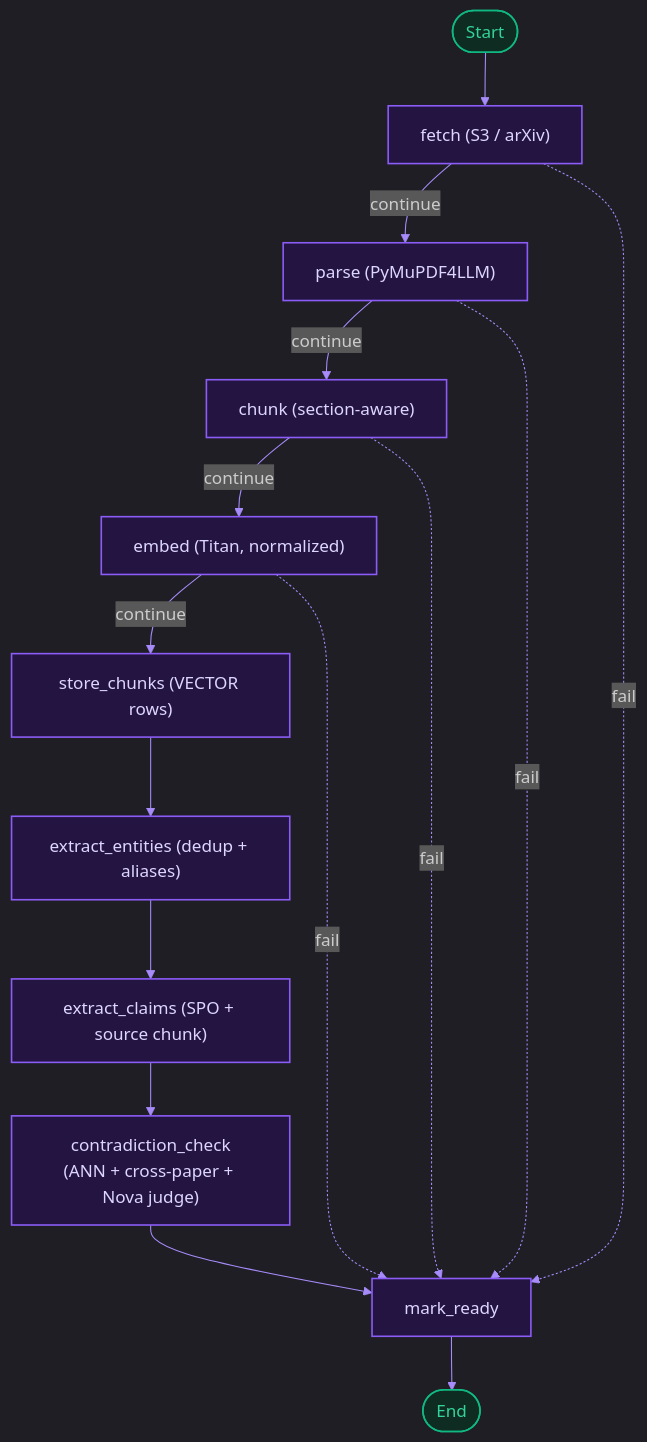
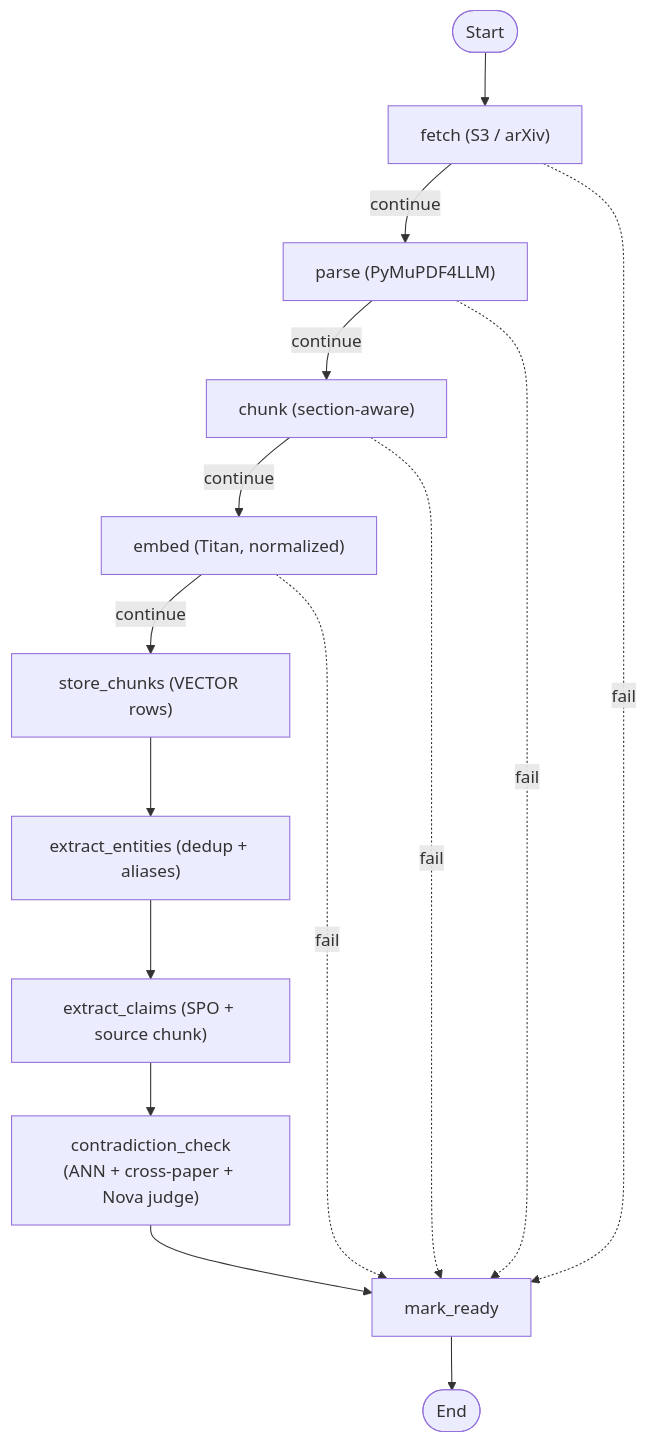
One commit to Somay-kousis/PaperPlanes changed the second of 3 diagrams in README.md. Above: the diagram before and after it, drawn with Mermaid. The commit also changed other lines of this file, not shown here.

Commit message:
README: plain Mermaid diagrams, stack badges

````diff
--- a/README.md
+++ b/README.md
@@ -116,24 +112,18 @@
 ```mermaid
-%%{init: {'theme':'dark','themeVariables':{'background':'#0b0f19','primaryColor':'#1e293b','primaryTextColor':'#f8fafc','lineColor':'#a78bfa','nodeBorder':'#334155'}}}%%
 flowchart TD
     S([Start]) --> F["fetch (S3 / arXiv)"]
     F -->|continue| P["parse (PyMuPDF4LLM)"]
     P -->|continue| CH["chunk (section-aware)"]
     CH -->|continue| EM["embed (Titan, normalized)"]
     EM -->|continue| SC["store_chunks (VECTOR rows)"]
     SC --> EE["extract_entities (dedup + aliases)"]
     EE --> ECl["extract_claims (SPO + source chunk)"]
     ECl --> CC["contradiction_check<br/>(ANN + cross-paper + Nova judge)"]
     CC --> MR["mark_ready"]
     MR --> E([End])
 
     F -.->|fail| MR
     P -.->|fail| MR
     CH -.->|fail| MR
     EM -.->|fail| MR
-
-    classDef n fill:#241442,stroke:#8b5cf6,stroke-width:1.5px,color:#ddd6fe;
-    classDef se fill:#0f2c22,stroke:#10b981,stroke-width:1.5px,color:#34d399;
-    class F,P,CH,EM,SC,EE,ECl,CC,MR n;
-    class S,E se;
 ```
````
